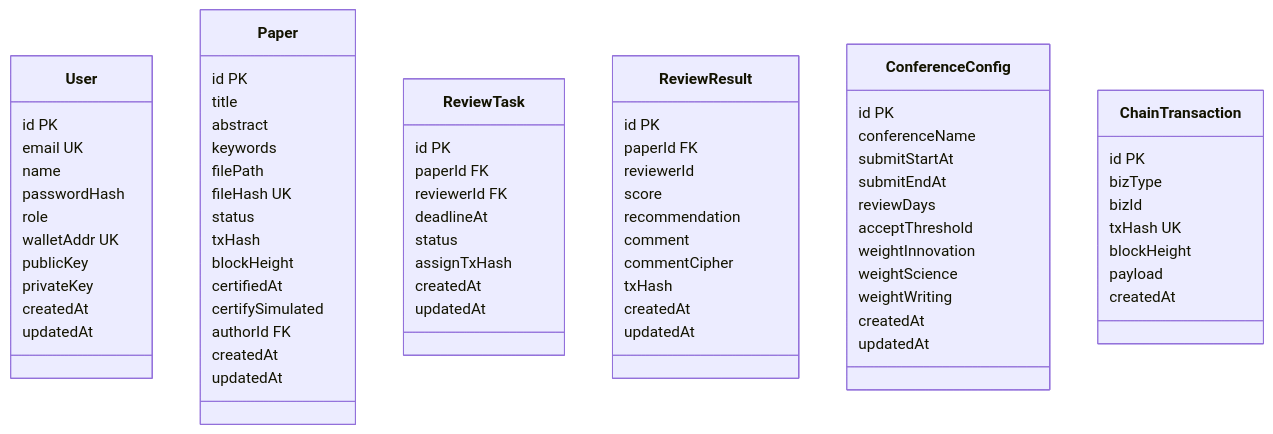
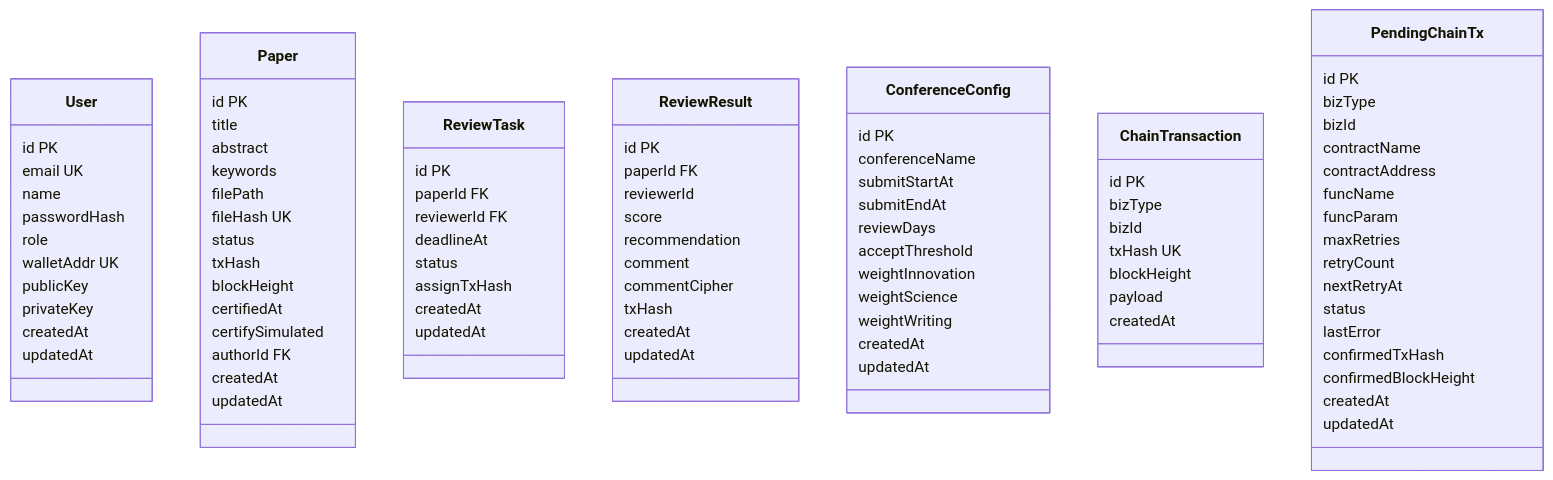
Before and after one commit to fs36/ConfChain: the ninth of 20 diagrams in docs/数据库设计说明书.md, drawn with Mermaid. The commit also changed other lines of this file and 6 other files, not shown here.

````diff
--- a/docs/数据库设计说明书.md
+++ b/docs/数据库设计说明书.md
@@ -382,4 +396,23 @@
     payload
     createdAt
   }
+
+  class PendingChainTx {
+    id PK
+    bizType
+    bizId
+    contractName
+    contractAddress
+    funcName
+    funcParam
+    maxRetries
+    retryCount
+    nextRetryAt
+    status
+    lastError
+    confirmedTxHash
+    confirmedBlockHeight
+    createdAt
+    updatedAt
+  }
 ```
````
